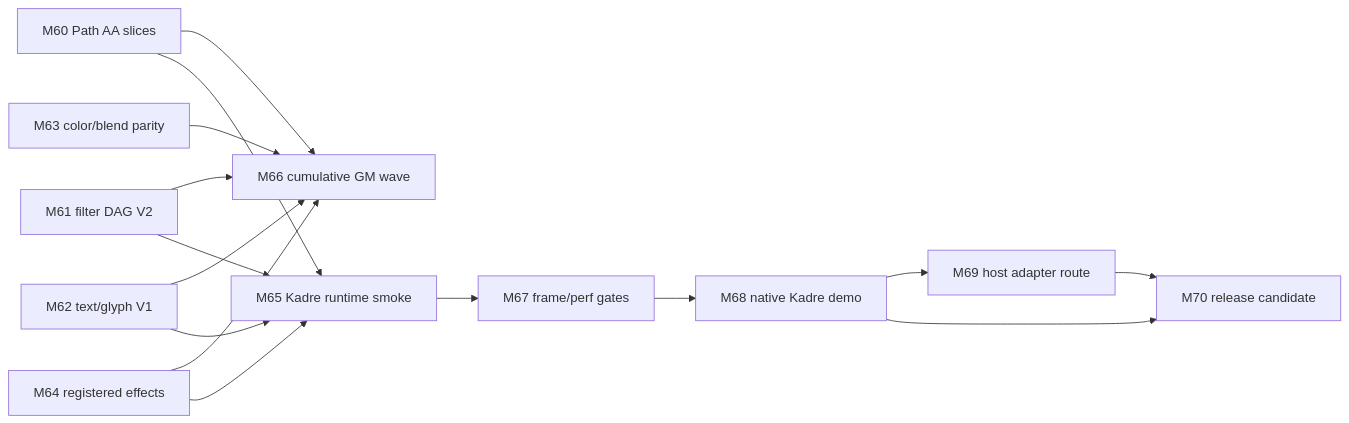
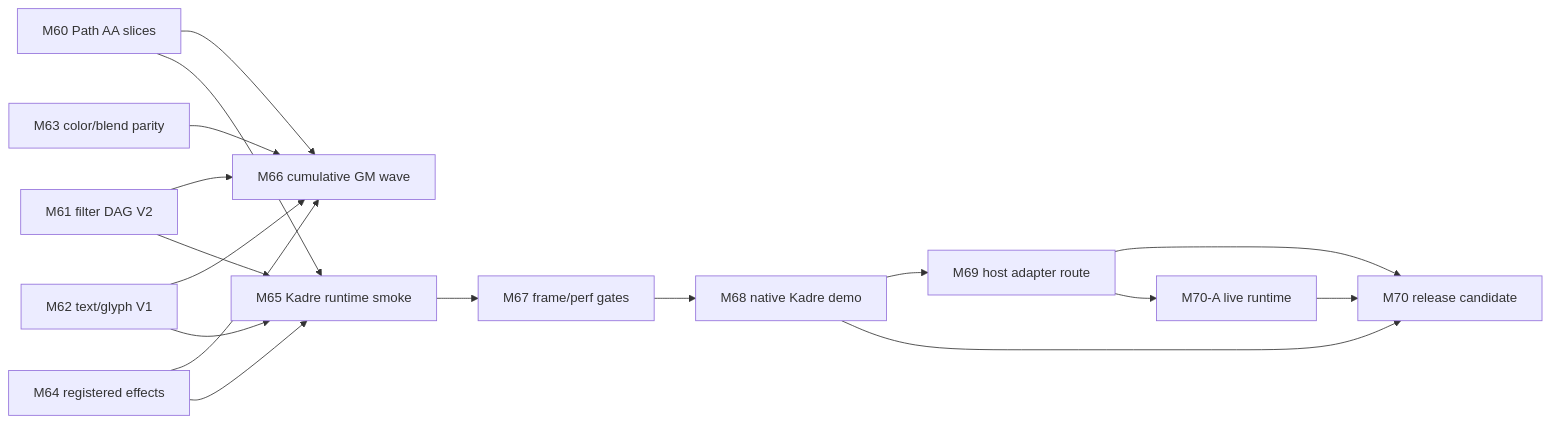
The diagram in .upstream/target/skia-like-realtime-renderer-target.md (ygdrasil-io/kanvas), drawn with Mermaid before and after one commit. The commit also changed other lines of this file and 8 other files, not shown here.

Commit message:
Add M70-A Kadre live runtime evidence

````diff
--- a/.upstream/target/skia-like-realtime-renderer-target.md
+++ b/.upstream/target/skia-like-realtime-renderer-target.md
@@ -129,17 +130,19 @@
 ```mermaid
 flowchart LR
     M60["M60 Path AA slices"] --> M66["M66 cumulative GM wave"]
     M61["M61 filter DAG V2"] --> M66
     M62["M62 text/glyph V1"] --> M66
     M63["M63 color/blend parity"] --> M66
     M64["M64 registered effects"] --> M66
     M60 --> M65["M65 Kadre runtime smoke"]
     M61 --> M65
     M62 --> M65
     M64 --> M65
     M65 --> M67["M67 frame/perf gates"]
     M68 --> M69["M69 host adapter route"]
     M67 --> M68["M68 native Kadre demo"]
     M68 --> M70["M70 release candidate"]
     M69 --> M70
+    M69 --> M70A["M70-A live runtime"]
+    M70A --> M70
 ```
````
